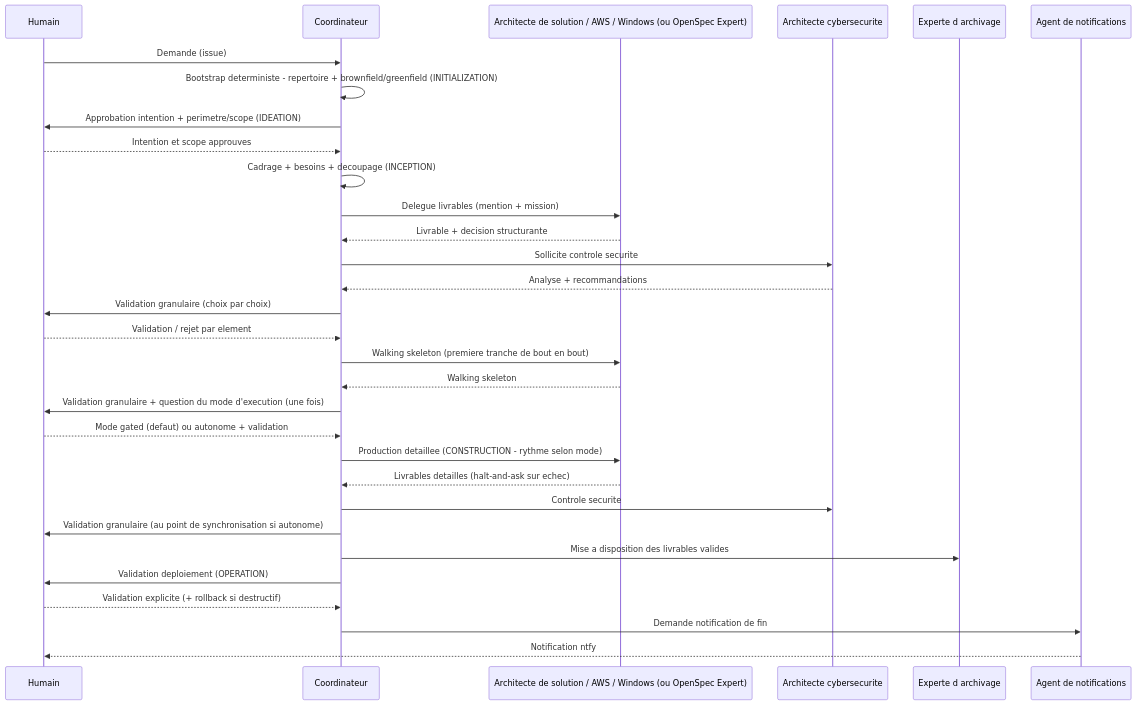
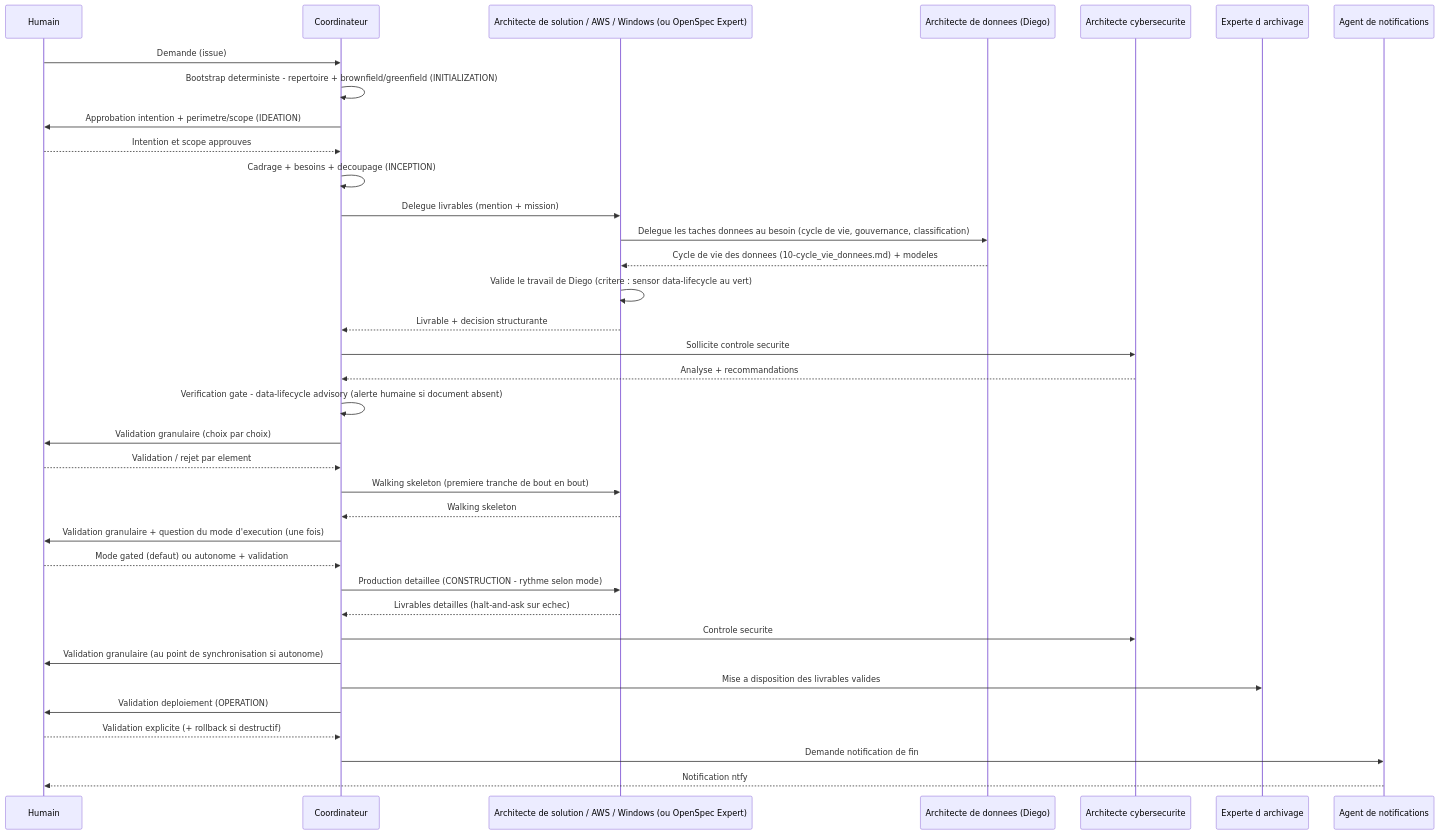
Before and after one commit to Gsyltc/homelab-portfolio: the second of 2 diagrams in core/common/conductor.md, drawn with Mermaid. The commit also changed other lines of this file and 9 other files, not shown here.

Commit message:
Diego: agent actif du workflow core + sensor data-lifecycle (délégation/validation Manuel, alerte advisory Sylvain)

````diff
--- a/core/common/conductor.md
+++ b/core/common/conductor.md
@@ -163,34 +165,39 @@
 ```mermaid
 sequenceDiagram
     participant H as Humain
     participant S as Coordinateur
     participant A as Architecte de solution / AWS / Windows (ou OpenSpec Expert)
+    participant D as Architecte de donnees (Diego)
     participant X as Architecte cybersecurite
     participant N as Experte d archivage
     participant AL as Agent de notifications
 
     H->>S: Demande (issue)
     S->>S: Bootstrap deterministe - repertoire + brownfield/greenfield (INITIALIZATION)
     S->>H: Approbation intention + perimetre/scope (IDEATION)
     H-->>S: Intention et scope approuves
     S->>S: Cadrage + besoins + decoupage (INCEPTION)
     S->>A: Delegue livrables (mention + mission)
+    A->>D: Delegue les taches donnees au besoin (cycle de vie, gouvernance, classification)
+    D-->>A: Cycle de vie des donnees (10-cycle_vie_donnees.md) + modeles
+    A->>A: Valide le travail de Diego (critere : sensor data-lifecycle au vert)
     A-->>S: Livrable + decision structurante
     S->>X: Sollicite controle securite
     X-->>S: Analyse + recommandations
+    S->>S: Verification gate - data-lifecycle advisory (alerte humaine si document absent)
     S->>H: Validation granulaire (choix par choix)
     H-->>S: Validation / rejet par element
     S->>A: Walking skeleton (premiere tranche de bout en bout)
     A-->>S: Walking skeleton
     S->>H: Validation granulaire + question du mode d'execution (une fois)
     H-->>S: Mode gated (defaut) ou autonome + validation
     S->>A: Production detaillee (CONSTRUCTION - rythme selon mode)
     A-->>S: Livrables detailles (halt-and-ask sur echec)
     S->>X: Controle securite
     S->>H: Validation granulaire (au point de synchronisation si autonome)
     S->>N: Mise a disposition des livrables valides
     S->>H: Validation deploiement (OPERATION)
     H-->>S: Validation explicite (+ rollback si destructif)
     S->>AL: Demande notification de fin
     AL-->>H: Notification ntfy
 ```
````
